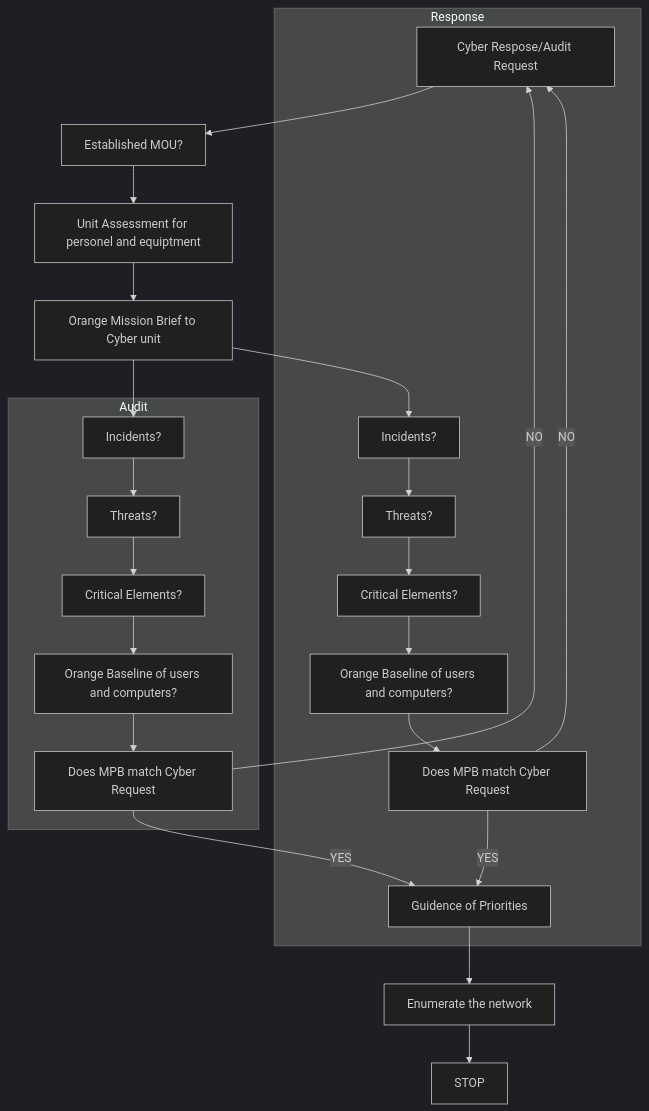
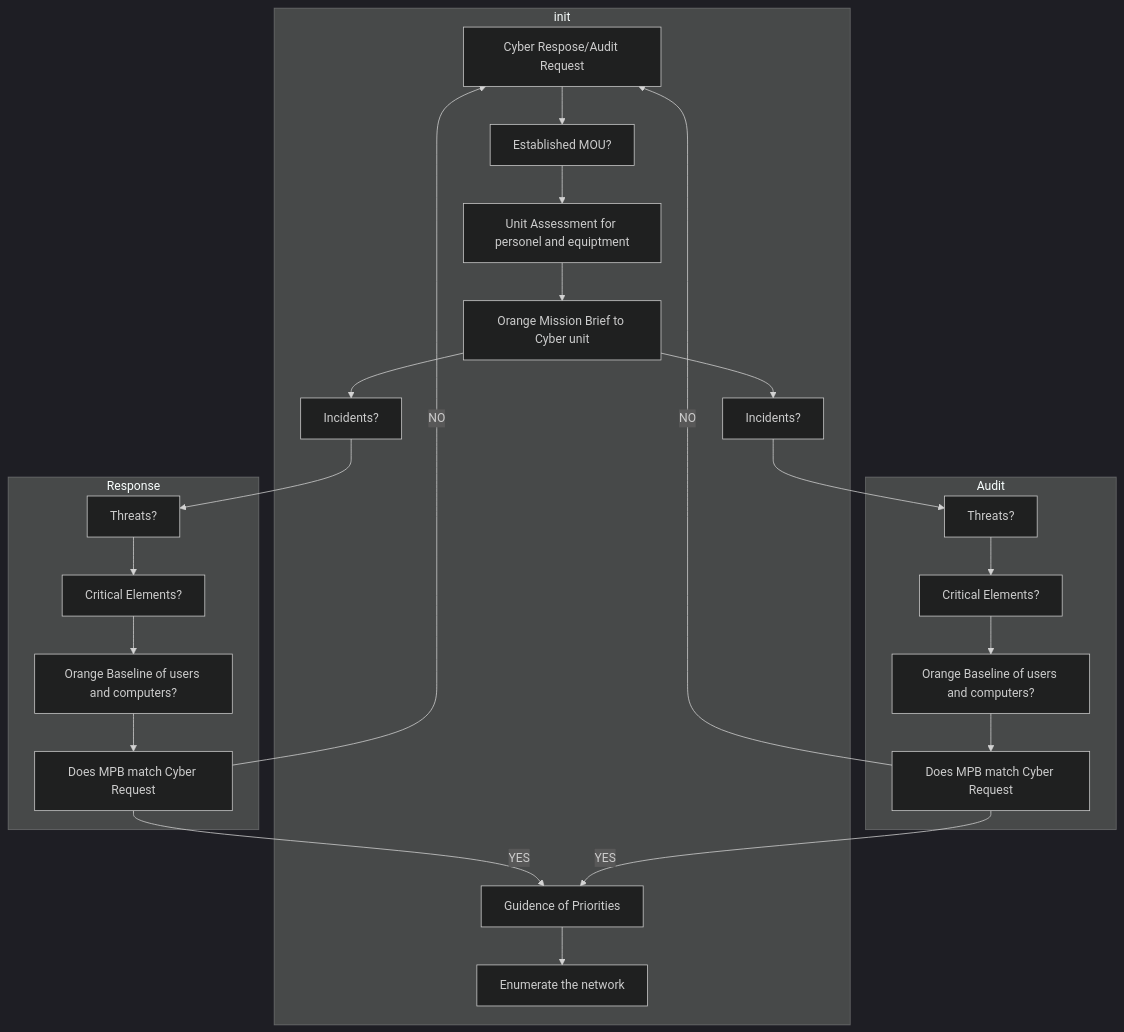
Before and after one commit to huntmckay/cyberflow: the diagram in flow.md, drawn with Mermaid (dark theme).

Commit message:
updates command flow

````diff
--- a/flow.md
+++ b/flow.md
@@ -1,38 +1,39 @@
 ```mermaid
 ---
 Title: Command planning phase
 ---
 flowchart TD
+    subgraph init
     A[Cyber Respose/Audit Request]
     B[Established MOU?]
     C[Unit Assessment for personel and equiptment]
     D[Orange Mission Brief to Cyber unit]
     H[Guidence of Priorities]
     A --> B
     B --> C
     C --> D
     D --> k1
     D --> r1
     H --> I[Enumerate the network]
-    I --> J[STOP]
+    end
 
     subgraph Response
     r1[Incidents?] --> r2
     r2[Threats?] --> r3
     r3[Critical Elements?] --> r4
     r4[Orange Baseline of users and computers?] --> r5
     r5[Does MPB match Cyber Request]
     r5 --> |NO| A
     r5 --> |YES| H
     end
 
     subgraph Audit
     k1[Incidents?] --> k2
     k2[Threats?] --> k3
     k3[Critical Elements?] --> k4
     k4[Orange Baseline of users and computers?] --> k5
     k5[Does MPB match Cyber Request]
     k5 --> |NO| A
     k5 --> |YES| H
     end
 ```
````
